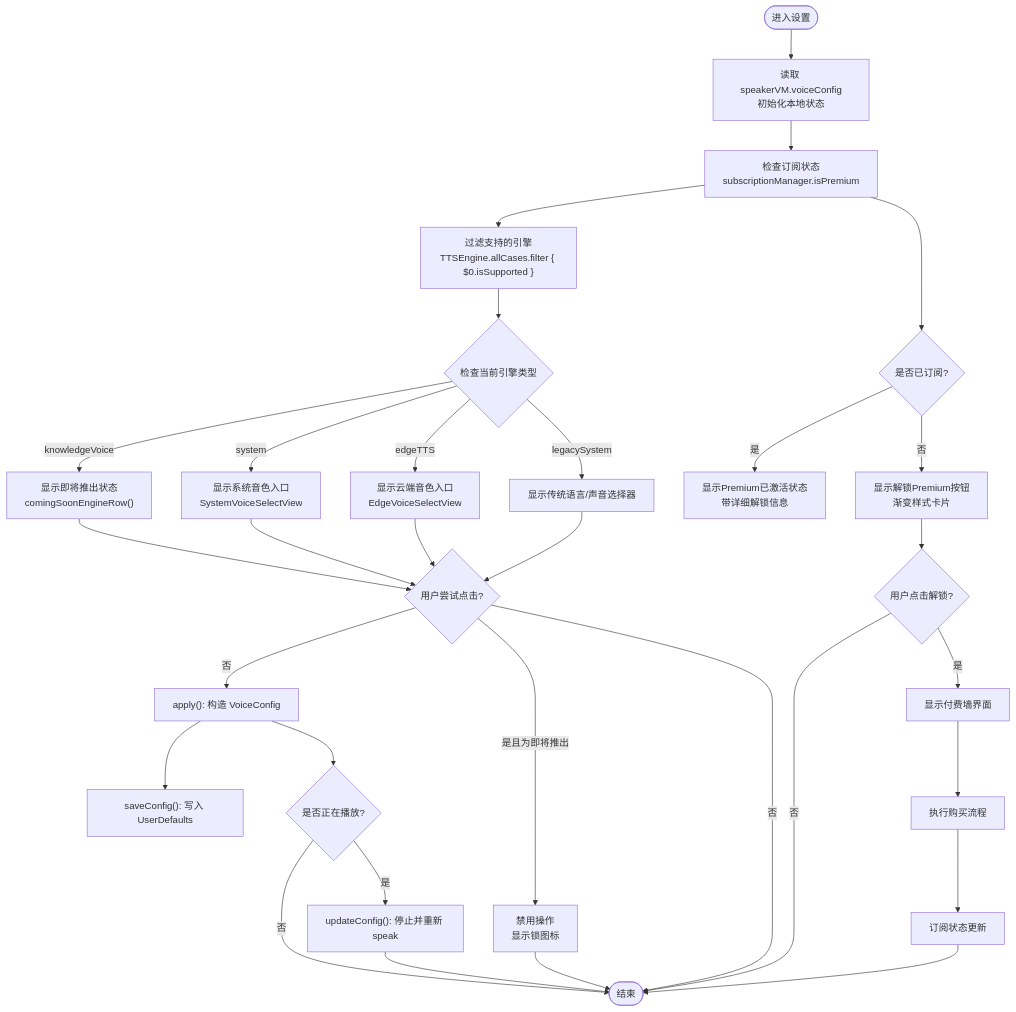
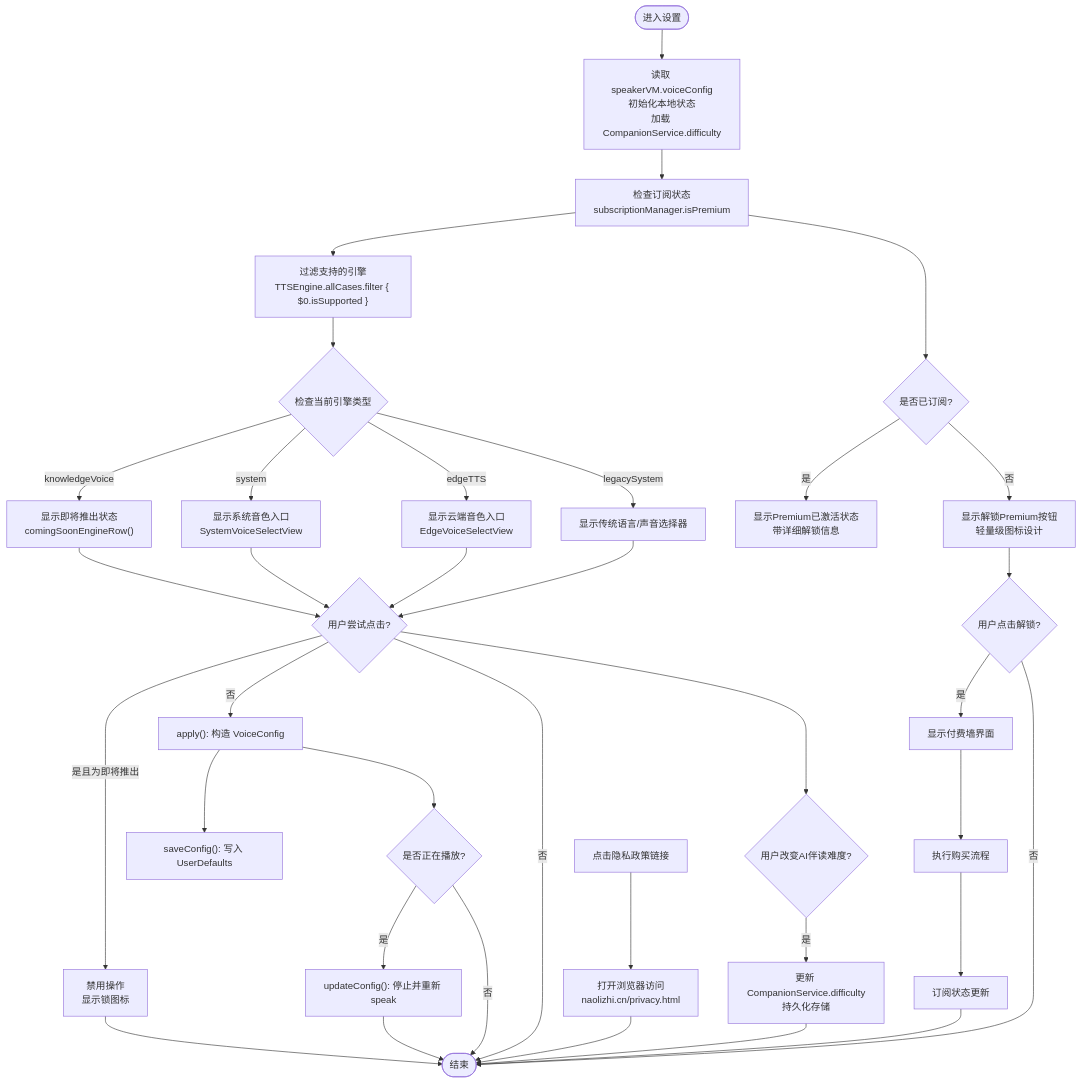
Before and after one commit to Primoguo/VoiceReader: the third of 17 diagrams in .qoder/repowiki/zh/content/用户界面设计/设置界面/设置界面.md, drawn with Mermaid. The commit also changed other lines of this file and 92 other files, not shown here.

````diff
--- a/.qoder/repowiki/zh/content/用户界面设计/设置界面/设置界面.md
+++ b/.qoder/repowiki/zh/content/用户界面设计/设置界面/设置界面.md
@@ -250,33 +287,38 @@
 ```mermaid
 flowchart TD
-Start(["进入设置"]) --> Init["读取 speakerVM.voiceConfig<br/>初始化本地状态"]
+Start(["进入设置"]) --> Init["读取 speakerVM.voiceConfig<br/>初始化本地状态<br/>加载 CompanionService.difficulty"]
 Init --> CheckSub["检查订阅状态<br/>subscriptionManager.isPremium"]
 CheckSub --> Filter["过滤支持的引擎<br/>TTSEngine.allCases.filter { $0.isSupported }"]
 Filter --> EngineCheck{"检查当前引擎类型"}
 EngineCheck --> |knowledgeVoice| ShowComingSoon["显示即将推出状态<br/>comingSoonEngineRow()"]
 EngineCheck --> |system| ShowSystemVoice["显示系统音色入口<br/>SystemVoiceSelectView"]
 EngineCheck --> |edgeTTS| ShowEdgeVoice["显示云端音色入口<br/>EdgeVoiceSelectView"]
 EngineCheck --> |legacySystem| ShowLegacyPicker["显示传统语言/声音选择器"]
 ShowComingSoon --> UserChange{"用户尝试点击?"}
 ShowSystemVoice --> UserChange
 ShowEdgeVoice --> UserChange
 ShowLegacyPicker --> UserChange
 UserChange --> |是且为即将推出| Disabled["禁用操作<br/>显示锁图标"]
 UserChange --> |否| Apply["apply(): 构造 VoiceConfig"]
 Apply --> Persist["saveConfig(): 写入 UserDefaults"]
 Apply --> Playing{"是否正在播放?"}
 Playing --> |是| Update["updateConfig(): 停止并重新 speak"]
 Playing --> |否| End(["结束"])
 Update --> End
 Disabled --> End
 UserChange --> |否| End
 CheckSub --> PremiumCheck{"是否已订阅?"}
 PremiumCheck --> |是| ShowPremium["显示Premium已激活状态<br/>带详细解锁信息"]
-PremiumCheck --> |否| ShowUnlock["显示解锁Premium按钮<br/>渐变样式卡片"]
+PremiumCheck --> |否| ShowUnlock["显示解锁Premium按钮<br/>轻量级图标设计"]
 ShowUnlock --> ClickUnlock{"用户点击解锁?"}
 ClickUnlock --> |是| ShowPaywall["显示付费墙界面"]
 ClickUnlock --> |否| End
 ShowPaywall --> Purchase["执行购买流程"]
 Purchase --> SubUpdated["订阅状态更新"]
 SubUpdated --> End
+UserChange --> DifficultyChange{"用户改变AI伴读难度?"}
+DifficultyChange --> |是| UpdateDifficulty["更新 CompanionService.difficulty<br/>持久化存储"]
+UpdateDifficulty --> End
+AboutSection["点击隐私政策链接"] --> OpenPrivacy["打开浏览器访问<br/>naolizhi.cn/privacy.html"]
+OpenPrivacy --> End
 ```
````
